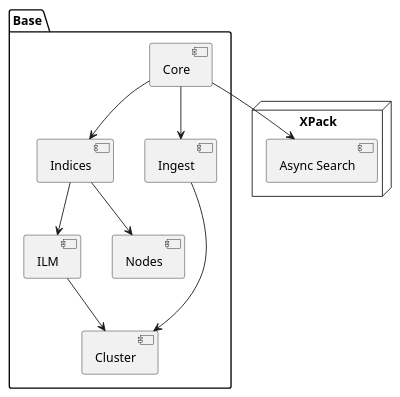
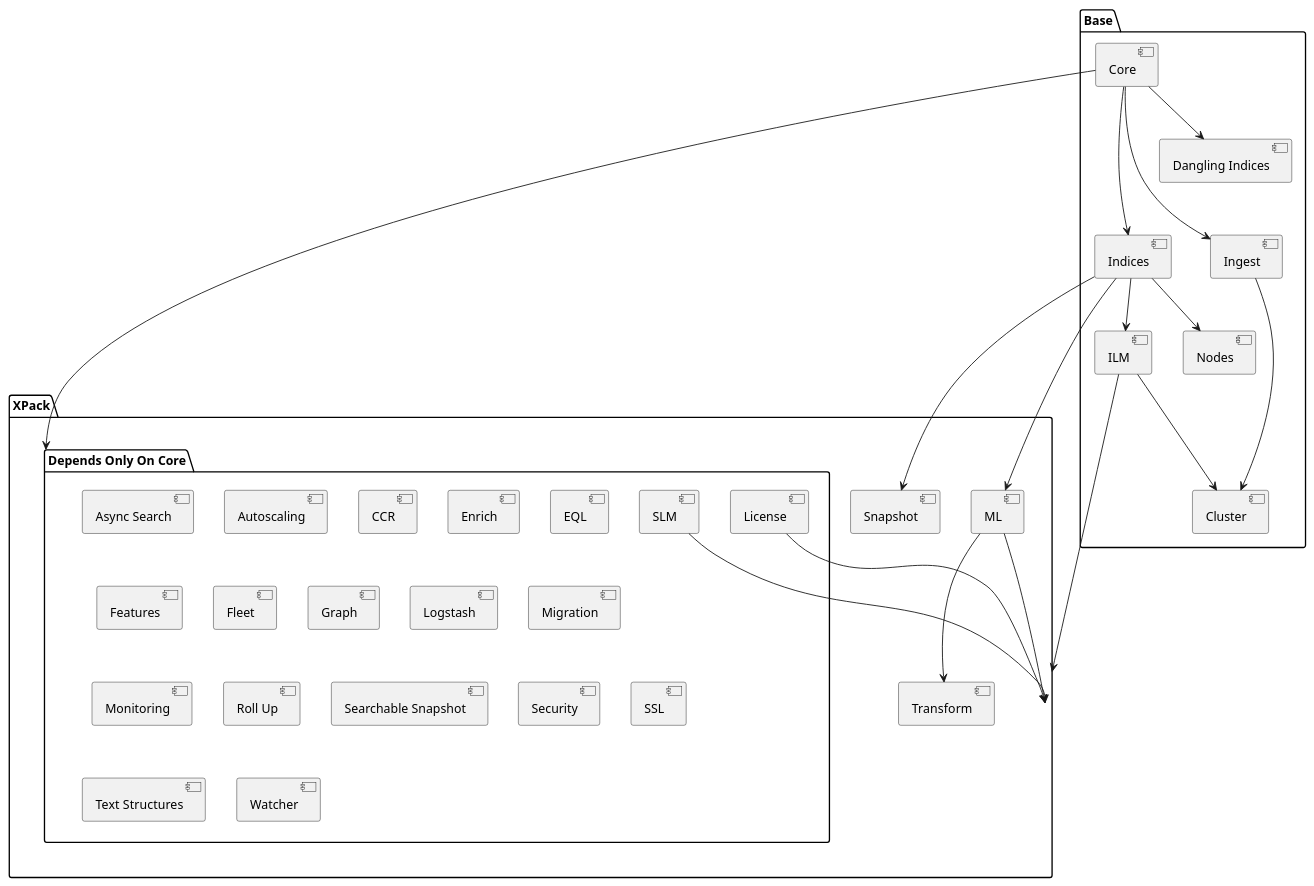
One commit to aparo/zio-elasticsearch changed the diagram in Dependencies.puml. Above: the diagram before and after it, drawn with PlantUML. The commit also changed 35 other files, not shown here.

```diff
--- a/Dependencies.puml
+++ b/Dependencies.puml
@@ -1,19 +1,51 @@
 @startuml
 'https://plantuml.com/component-diagram
 
 
 package "Base" {
-  [Core] -->  [Indices]
+  [Core] --->  [Indices]
   [Indices] --> [ILM]
   [Indices] --> [Nodes]
   [ILM] --> [Cluster]
   [Core] -->  [Ingest]
   [Ingest] --> [Cluster]
+    [Core] -->   [Dangling Indices]
+
 }
 
-node "XPack" {
-  [Core] -->  [Async Search]
+package "XPack" {
+    package "Depends Only On Core" {
+        [Async Search]
+       [Autoscaling]
+  [CCR]
+  [Enrich]
+  [EQL]
+  [Features]
+  [Fleet]
+  [Graph]
+  [License]
+  [Logstash]
+  [Migration]
+  [Monitoring]
+  [Roll Up]
+  [Searchable Snapshot]
+  [Security]
+  [SLM]
+  [SSL]
+  [Text Structures]
+  [Watcher]
+    }
+
+  [Indices] ---> [ML]
+  [Indices] ---> [Snapshot]
+  [ML] ---> [Transform]
+  [License] ---> [XPack]
+  [ILM] ---> [XPack]
+  [SLM] ---> [XPack]
+  [ML] ---> [XPack]
+
 }
 
+[Core] --> [Depends Only On Core]
 
 @enduml
```
